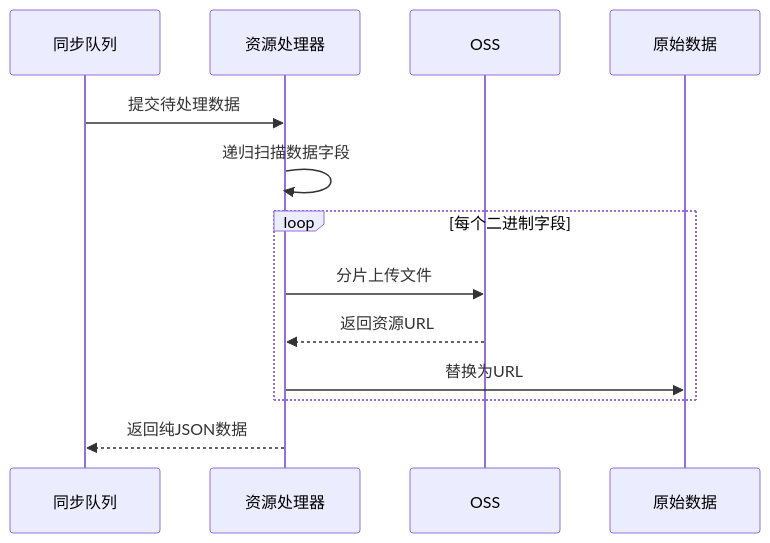
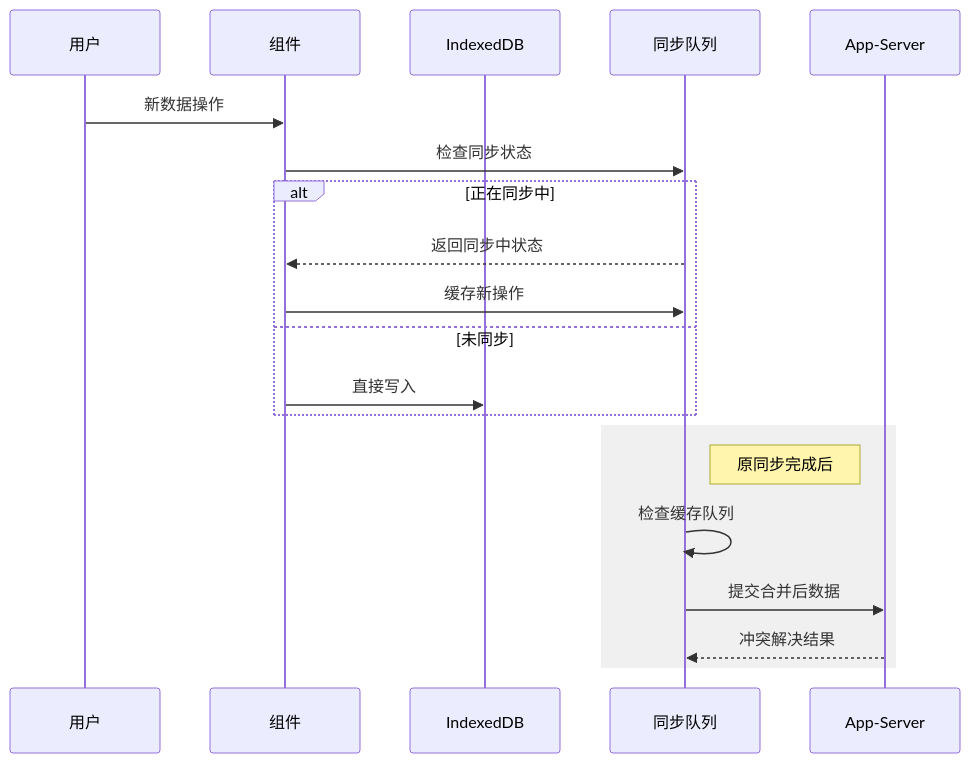
Before and after one commit to yingjianzh/iodraw-files: the diagram in all/未命名-24.md, drawn with Mermaid.

Commit message:
2025-02-24 10:17:47 update

````diff
--- a/all/未命名-24.md
+++ b/all/未命名-24.md
@@ -1,17 +1,27 @@
 ```mermaid
 
 sequenceDiagram
+    participant 用户
+    participant 组件
+    participant IndexedDB
     participant 同步队列
-    participant 资源处理器
-    participant OSS
+    participant App-Server
 
-    同步队列->>资源处理器: 提交待处理数据
-    资源处理器->>资源处理器: 递归扫描数据字段
-    loop 每个二进制字段
-        资源处理器->>OSS: 分片上传文件
-        OSS-->>资源处理器: 返回资源URL
-        资源处理器->>原始数据: 替换为URL
+
+    用户->>组件: 新数据操作
+    组件->>同步队列: 检查同步状态
+    alt 正在同步中
+        同步队列-->>组件: 返回同步中状态
+        组件->>同步队列: 缓存新操作
+    else 未同步
+        组件->>IndexedDB: 直接写入
     end
-    资源处理器-->>同步队列: 返回纯JSON数据
+    
+    rect rgb(240,240,240)
+    Note right of 同步队列: 原同步完成后
+    同步队列->>同步队列: 检查缓存队列
+    同步队列->>App-Server: 提交合并后数据
+    App-Server-->>同步队列: 冲突解决结果
+    end
 
 ```
````
